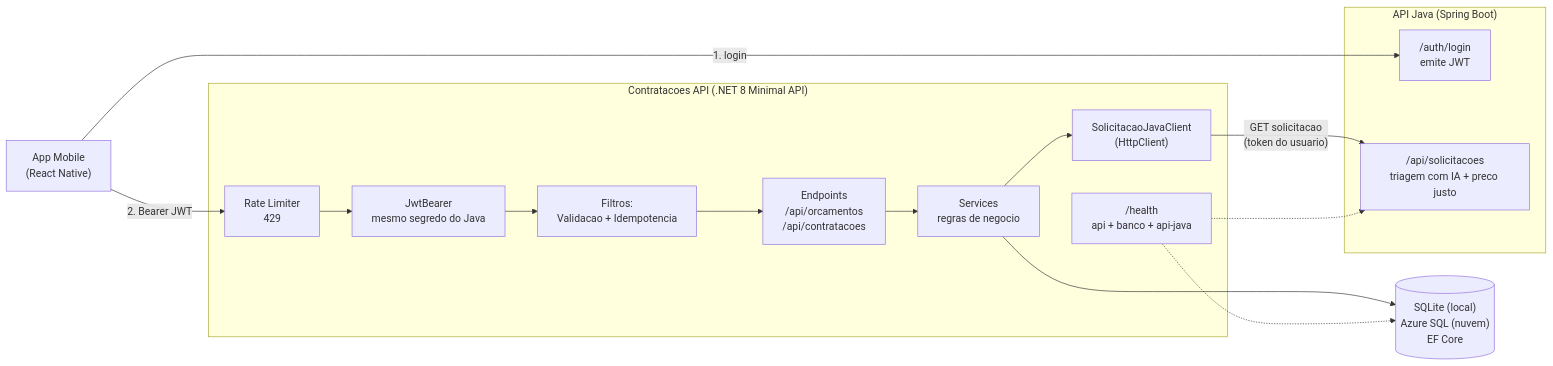
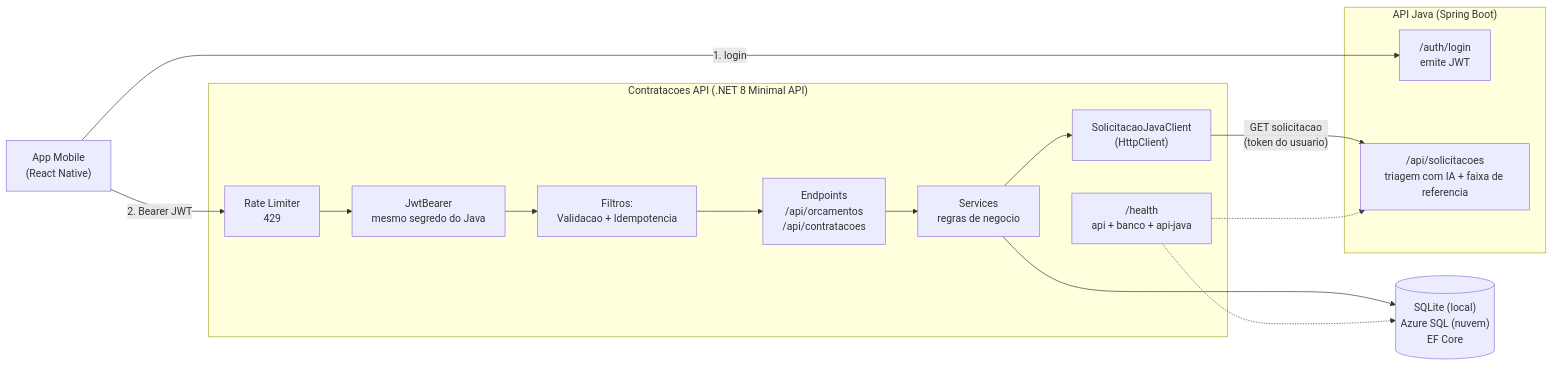
One commit to kaiky06301/bico-certo-dotnet changed the first of 5 diagrams in README.md. Above: the diagram before and after it, drawn with Mermaid. The commit also changed other lines of this file and 15 other files, not shown here.

First line of the commit message:
Troca o teto de preco por faixa de referencia com justificativa

````diff
--- a/README.md
+++ b/README.md
@@ -52,28 +52,28 @@
 ```mermaid
 flowchart LR
     APP["App Mobile<br/>(React Native)"]
 
     subgraph JAVA["API Java (Spring Boot)"]
         LOGIN["/auth/login<br/>emite JWT"]
-        SOL["/api/solicitacoes<br/>triagem com IA + preco justo"]
+        SOL["/api/solicitacoes<br/>triagem com IA + faixa de referencia"]
     end
 
     subgraph NET["Contratacoes API (.NET 8 Minimal API)"]
         RL["Rate Limiter<br/>429"]
         AUTH["JwtBearer<br/>mesmo segredo do Java"]
         FIL["Filtros:<br/>Validacao + Idempotencia"]
         EP["Endpoints<br/>/api/orcamentos<br/>/api/contratacoes"]
         SRV["Services<br/>regras de negocio"]
         CLI["SolicitacaoJavaClient<br/>(HttpClient)"]
         HC["/health<br/>api + banco + api-java"]
     end
 
     DB[("SQLite (local)<br/>Azure SQL (nuvem)<br/>EF Core")]
 
     APP -- "1. login" --> LOGIN
     APP -- "2. Bearer JWT" --> RL --> AUTH --> FIL --> EP --> SRV
     SRV --> DB
     SRV --> CLI -- "GET solicitacao<br/>(token do usuario)" --> SOL
     HC -.-> DB
     HC -.-> SOL
 ```
````
